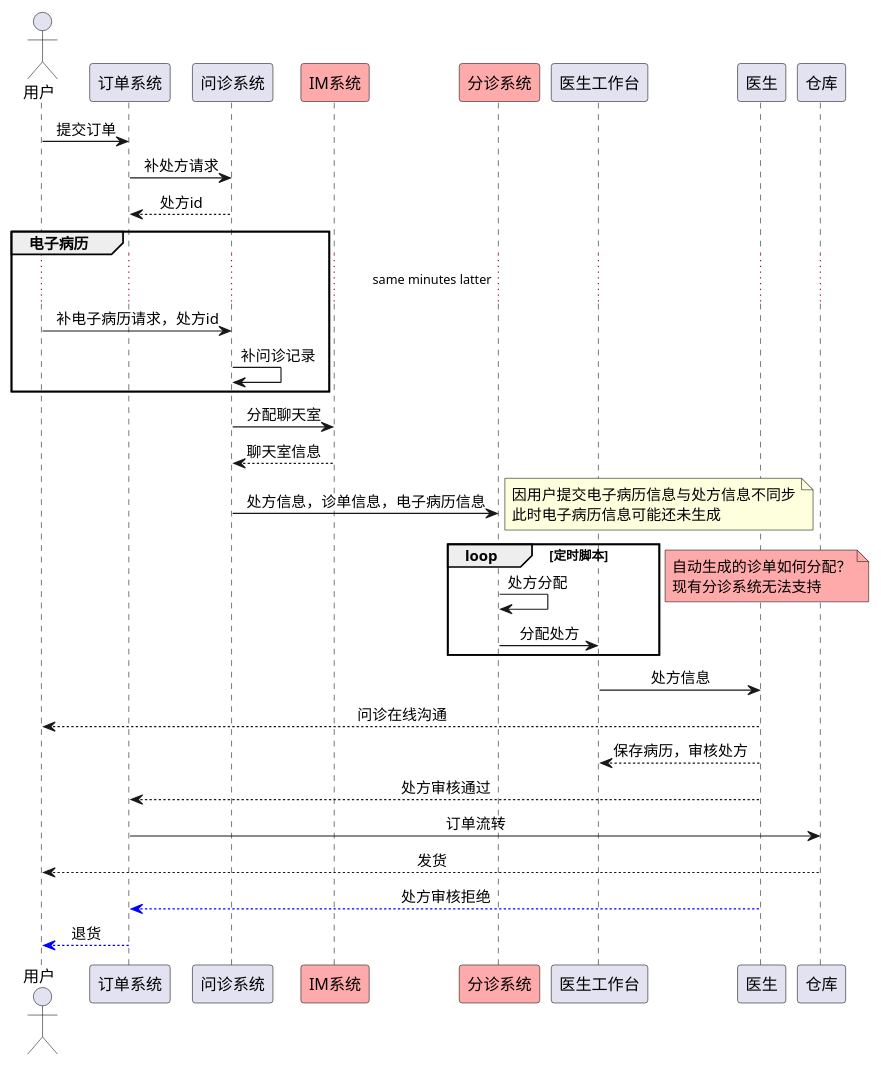
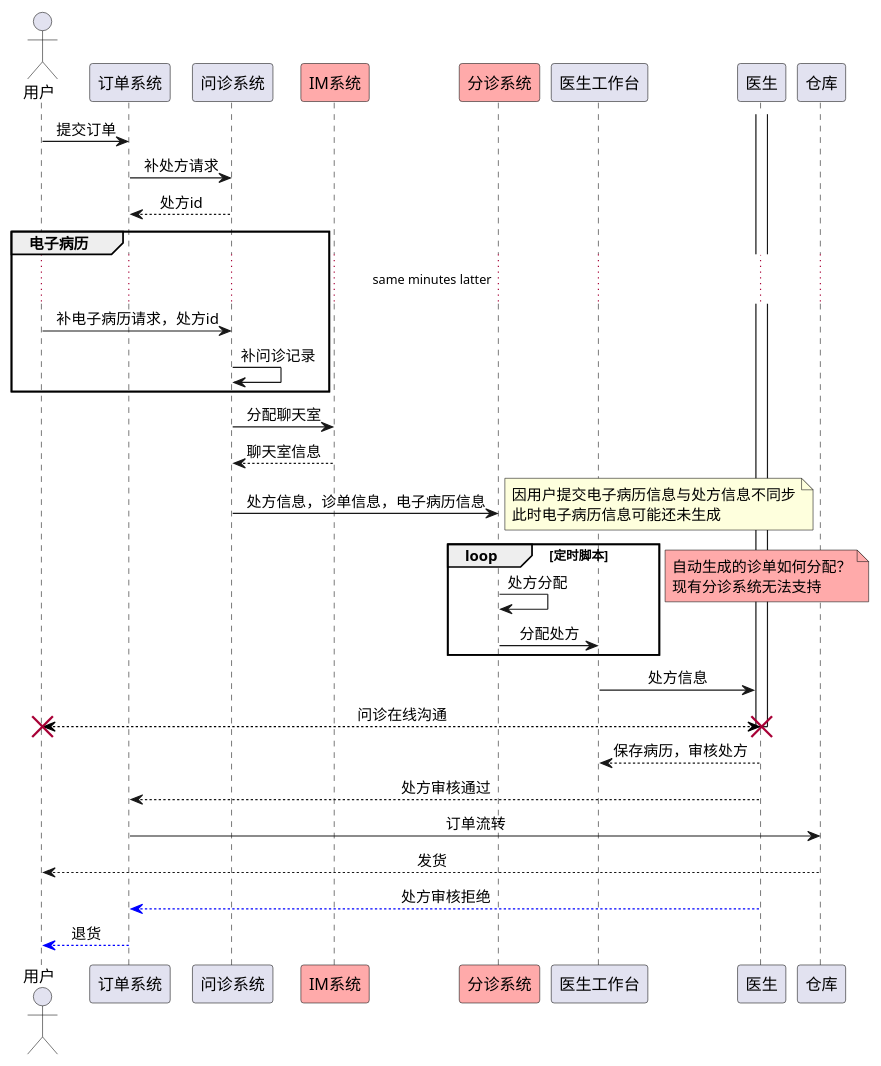
The diagram in chaos/src/main/java/com/chaos/graph/新处方前置.puml (wxxzy/mdesk), drawn with PlantUML before and after one commit.

Commit message:
add PlantUML

```diff
--- a/chaos/src/main/java/com/chaos/graph/新处方前置.puml
+++ b/chaos/src/main/java/com/chaos/graph/新处方前置.puml
@@ -1,46 +1,49 @@
 @startuml
 actor 用户
 skinparam sequenceMessageAlign center
 
 用户 -> 订单系统: 提交订单
 
 订单系统 -> 问诊系统: 补处方请求
 问诊系统 --> 订单系统: 处方id
 
 group 电子病历
 ...same minutes latter...
 用户 -> 问诊系统: 补电子病历请求，处方id
 问诊系统 -> 问诊系统: 补问诊记录
 end
 participant IM系统 #FFAAAA
 问诊系统 -> IM系统: 分配聊天室
 问诊系统 <-- IM系统: 聊天室信息
 
 participant 分诊系统 #FFAAAA
 问诊系统 -> 分诊系统: 处方信息，诊单信息，电子病历信息
 note right
 因用户提交电子病历信息与处方信息不同步
 此时电子病历信息可能还未生成
 end note
 loop 定时脚本
     分诊系统 ->分诊系统: 处方分配
     分诊系统 -> 医生工作台: 分配处方
 end
 note left #FFAAAA
 自动生成的诊单如何分配？
 现有分诊系统无法支持
 end note
 
+activate 医生
+
 医生工作台 -> 医生: 处方信息
-医生 --> 用户: 问诊在线沟通
+医生 <--[#000000]> 用户: 问诊在线沟通
+destroy 医生
+destroy 用户
 
 医生工作台 <-- 医生: 保存病历，审核处方
-
 医生 --> 订单系统: 处方审核通过
 订单系统 ->仓库: 订单流转
 仓库 --> 用户: 发货
 医生 --[#0000FF]> 订单系统: 处方审核拒绝
 订单系统--[#0000FF]> 用户: 退货
 
 
 @enduml
```
